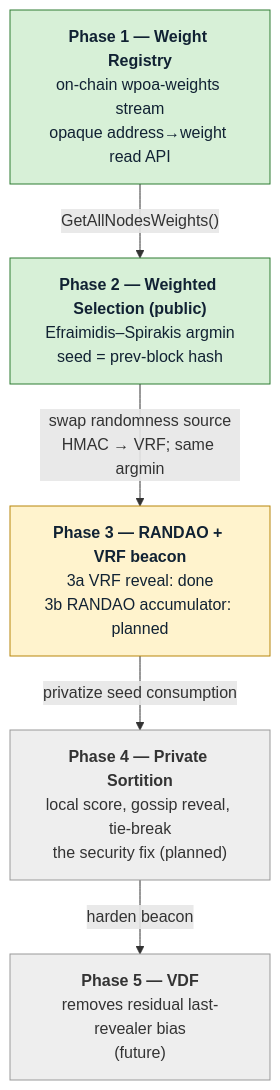
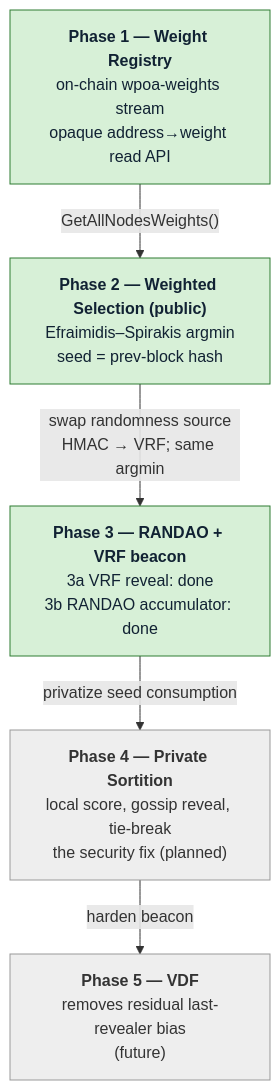
Before and after one commit to FeMattu/multichain: the diagram in src/wpoa/docs/implementation-guide.md, drawn with Mermaid. The commit also changed other lines of this file and 14 other files, not shown here.

````diff
--- a/src/wpoa/docs/implementation-guide.md
+++ b/src/wpoa/docs/implementation-guide.md
@@ -23,20 +23,19 @@
 ```mermaid
 flowchart TD
     P1["<b>Phase 1 — Weight Registry</b><br/>on-chain wpoa-weights stream<br/>opaque address→weight read API"]
     P2["<b>Phase 2 — Weighted Selection (public)</b><br/>Efraimidis–Spirakis argmin<br/>seed = prev-block hash"]
-    P3["<b>Phase 3 — RANDAO + VRF beacon</b><br/>3a VRF reveal: done<br/>3b RANDAO accumulator: planned"]
+    P3["<b>Phase 3 — RANDAO + VRF beacon</b><br/>3a VRF reveal: done<br/>3b RANDAO accumulator: done"]
     P4["<b>Phase 4 — Private Sortition</b><br/>local score, gossip reveal, tie-break<br/>the security fix (planned)"]
     P5["<b>Phase 5 — VDF</b><br/>removes residual last-revealer bias<br/>(future)"]
 
     P1 -->|"GetAllNodesWeights()"| P2
     P2 -->|"swap randomness source<br/>HMAC → VRF; same argmin"| P3
     P3 -->|"privatize seed consumption"| P4
     P4 -->|"harden beacon"| P5
 
     classDef done fill:#d7f0d7,stroke:#2e7d32,color:#123;
     classDef partial fill:#fff3cd,stroke:#b8860b,color:#123;
     classDef plan fill:#eee,stroke:#999,color:#333;
-    class P1,P2 done;
-    class P3 partial;
+    class P1,P2,P3 done;
     class P4,P5 plan;
 ```
````
